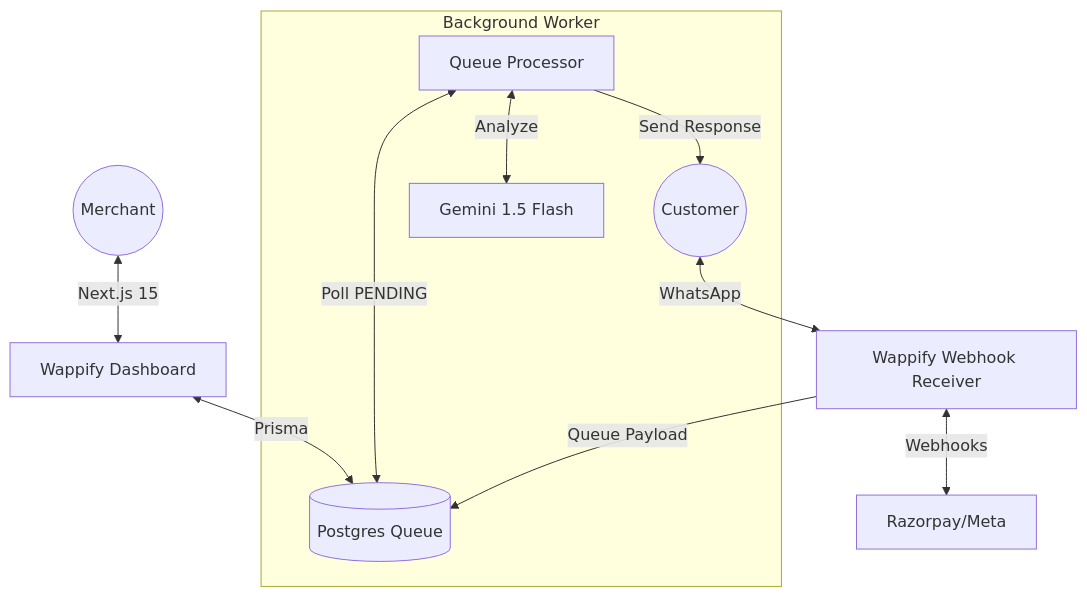
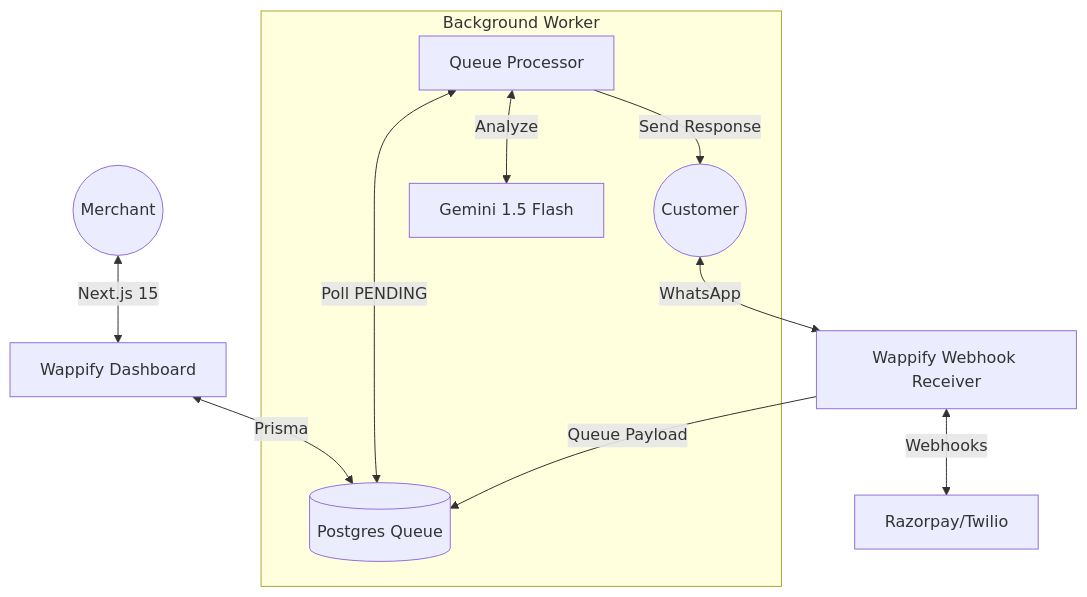
One commit to GauharAlam/Wappify changed the diagram in README.md. Above: the diagram before and after it, drawn with Mermaid. The commit also changed other lines of this file and 19 other files, not shown here.

````diff
--- a/README.md
+++ b/README.md
@@ -39,16 +40,16 @@
 ```mermaid
 graph TD
     User((Customer)) <--> |WhatsApp| WB[Wappify Webhook Receiver]
     WB --> |Queue Payload| DB[(Postgres Queue)]
     
     subgraph "Background Worker"
         BW[Queue Processor] <--> |Poll PENDING| DB
         BW <--> |Analyze| AI[Gemini 1.5 Flash]
         BW --> |Send Response| User
     end
     
     Merchant((Merchant)) <--> |Next.js 15| WD[Wappify Dashboard]
     WD <--> |Prisma| DB
     
-    WB <--> |Webhooks| P[Razorpay/Meta]
+    WB <--> |Webhooks| P[Razorpay/Twilio]
 ```
````
